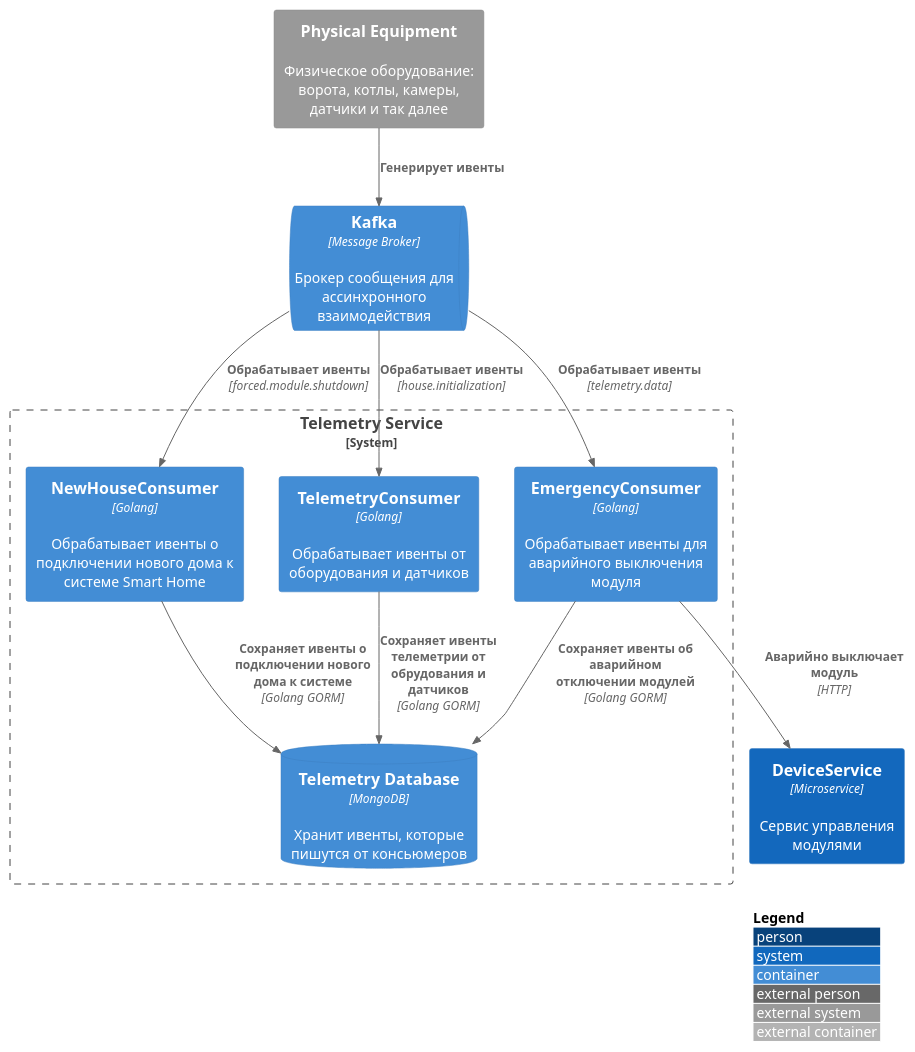
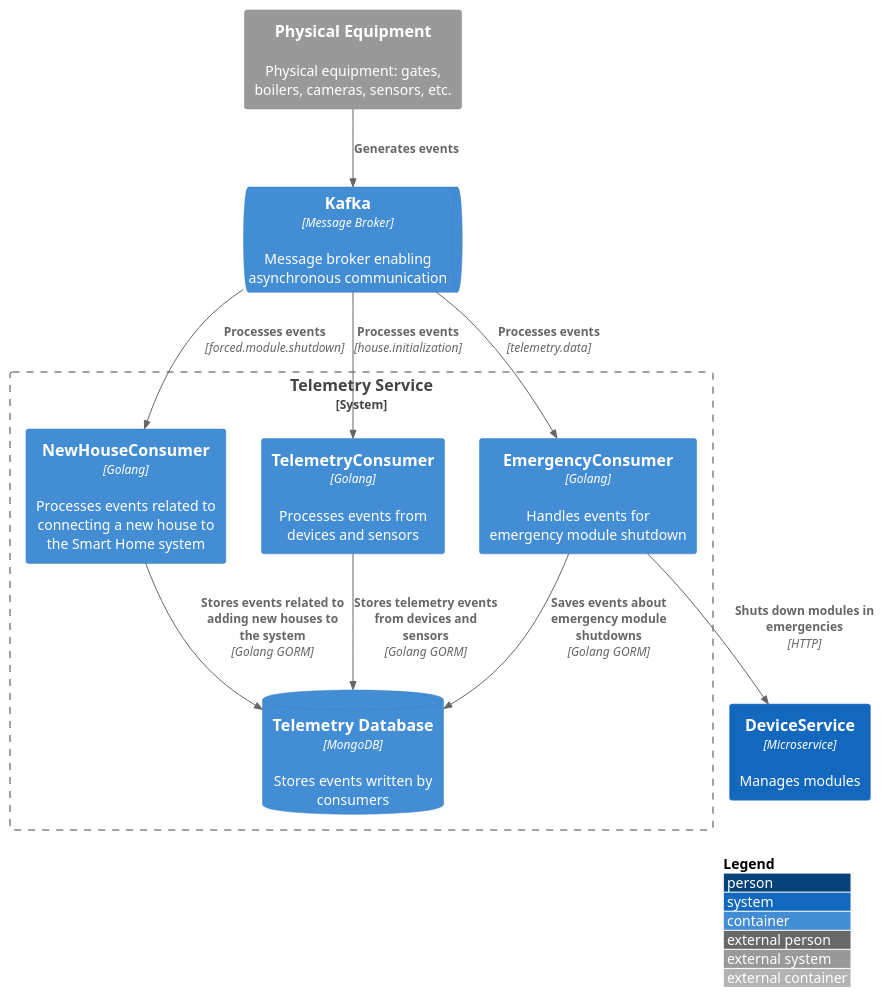
Before and after one commit to baydinvladislav/architecture-sprint-3: the diagram in telemetry-service/Component_CleverVillageSystem_TelemetryService.puml, drawn with PlantUML. The commit also changed 4 other files, not shown here.

Commit message:
update telemetry service README.md file and add diagrams for it

```diff
--- a/telemetry-service/Component_CleverVillageSystem_TelemetryService.puml
+++ b/telemetry-service/Component_CleverVillageSystem_TelemetryService.puml
@@ -1,28 +1,28 @@
 @startuml
 !include <C4/C4_Container>
 
 LAYOUT_WITH_LEGEND()
 
 System_Boundary(telemetry_service_boundary, "Telemetry Service") {
-    Container(emergency_consumer, "EmergencyConsumer", "Golang", "Обрабатывает ивенты для аварийного выключения модуля")
-    Container(new_house_consumer, "NewHouseConsumer", "Golang", "Обрабатывает ивенты о подключении нового дома к системе Smart Home")
-    Container(telemetry_consumer, "TelemetryConsumer", "Golang", "Обрабатывает ивенты от оборудования и датчиков")
+    Container(emergency_consumer, "EmergencyConsumer", "Golang", "Handles events for emergency module shutdown")
+    Container(new_house_consumer, "NewHouseConsumer", "Golang", "Processes events related to connecting a new house to the Smart Home system")
+    Container(telemetry_consumer, "TelemetryConsumer", "Golang", "Processes events from devices and sensors")
 
-    ContainerDb(mongo_db, "Telemetry Database", "MongoDB", "Хранит ивенты, которые пишутся от консьюмеров")
+    ContainerDb(mongo_db, "Telemetry Database", "MongoDB", "Stores events written by consumers")
 }
 
-ContainerQueue(kafka_broker, "Kafka", "Message Broker", "Брокер сообщения для ассинхронного взаимодействия")
-Container(device_service, "DeviceService", "Microservice", "Сервис управления модулями") #1368bd
-System_Ext(external_equipment, "Physical Equipment", "Физическое оборудование: ворота, котлы, камеры, датчики и так далее")
+ContainerQueue(kafka_broker, "Kafka", "Message Broker", "Message broker enabling asynchronous communication")
+Container(device_service, "DeviceService", "Microservice", "Manages modules") #1368bd
+System_Ext(external_equipment, "Physical Equipment", "Physical equipment: gates, boilers, cameras, sensors, etc.")
 
-Rel(emergency_consumer, mongo_db, "Сохраняет ивенты об аварийном отключении модулей", "Golang GORM")
-Rel(emergency_consumer, device_service, "Аварийно выключает модуль", "HTTP")
-Rel(new_house_consumer, mongo_db, "Сохраняет ивенты о подключении нового дома к системе", "Golang GORM")
-Rel(telemetry_consumer, mongo_db, "Сохраняет ивенты телеметрии от обрудования и датчиков", "Golang GORM")
+Rel(emergency_consumer, mongo_db, "Saves events about emergency module shutdowns", "Golang GORM")
+Rel(emergency_consumer, device_service, "Shuts down modules in emergencies", "HTTP")
+Rel(new_house_consumer, mongo_db, "Stores events related to adding new houses to the system", "Golang GORM")
+Rel(telemetry_consumer, mongo_db, "Stores telemetry events from devices and sensors", "Golang GORM")
 
-Rel(kafka_broker, emergency_consumer, "Обрабатывает ивенты", "telemetry.data")
-Rel(kafka_broker, new_house_consumer, "Обрабатывает ивенты", "forced.module.shutdown")
-Rel(kafka_broker, telemetry_consumer, "Обрабатывает ивенты", "house.initialization")
-Rel(external_equipment, kafka_broker, "Генерирует ивенты")
+Rel(kafka_broker, emergency_consumer, "Processes events", "telemetry.data")
+Rel(kafka_broker, new_house_consumer, "Processes events", "forced.module.shutdown")
+Rel(kafka_broker, telemetry_consumer, "Processes events", "house.initialization")
+Rel(external_equipment, kafka_broker, "Generates events")
 
 @enduml
```
